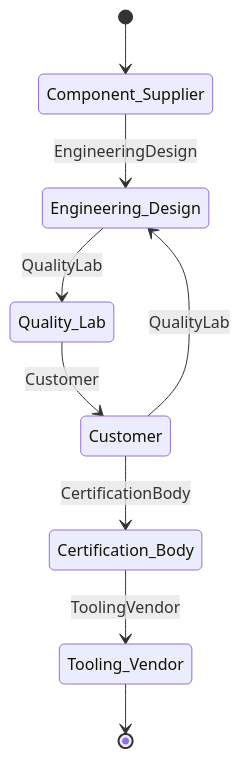
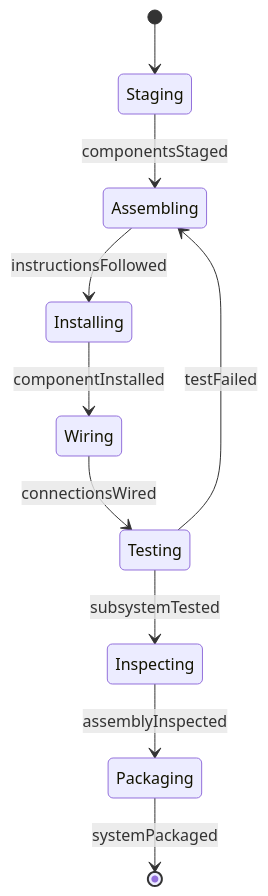
The second of 4 diagrams in HandlingAndMovingObjects/AssembleEquipmentOrComponents/AssembleElectricalComponentsSubsystemsSystems.mdx (dot-org-ai/tasks.org.ai), drawn with Mermaid before and after one commit. The commit also changed other lines of this file and 515 other files, not shown here.

````diff
--- a/HandlingAndMovingObjects/AssembleEquipmentOrComponents/AssembleElectricalComponentsSubsystemsSystems.mdx
+++ b/HandlingAndMovingObjects/AssembleEquipmentOrComponents/AssembleElectricalComponentsSubsystemsSystems.mdx
@@ -101,11 +99,12 @@
 ```mermaid
 stateDiagram-v2
-    [*] --> Component_Supplier
-    Component_Supplier --> Engineering_Design: EngineeringDesign
-    Engineering_Design --> Quality_Lab: QualityLab
-    Quality_Lab --> Customer: Customer
-    Customer --> Certification_Body: CertificationBody
-    Certification_Body --> Tooling_Vendor: ToolingVendor
-    Customer --> Engineering_Design: QualityLab
-    Tooling_Vendor --> [*]
+    [*] --> Staging
+    Staging --> Assembling : componentsStaged
+    Assembling --> Installing : instructionsFollowed
+    Installing --> Wiring : componentInstalled
+    Wiring --> Testing : connectionsWired
+    Testing --> Inspecting : subsystemTested
+    Inspecting --> Packaging : assemblyInspected
+    Testing --> Assembling : testFailed
+    Packaging --> [*] : systemPackaged
 ```
````
